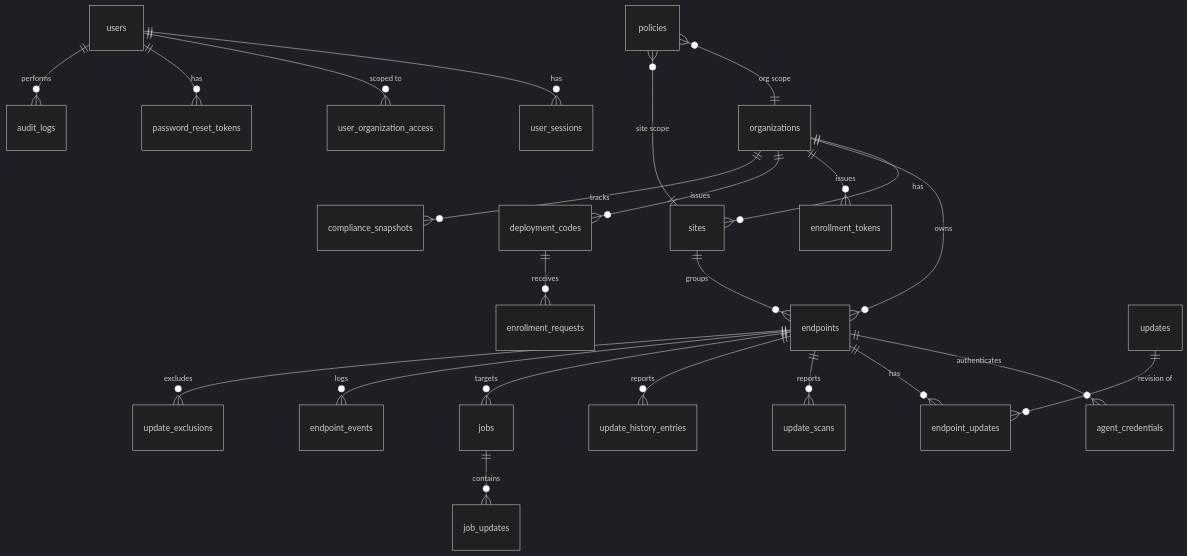
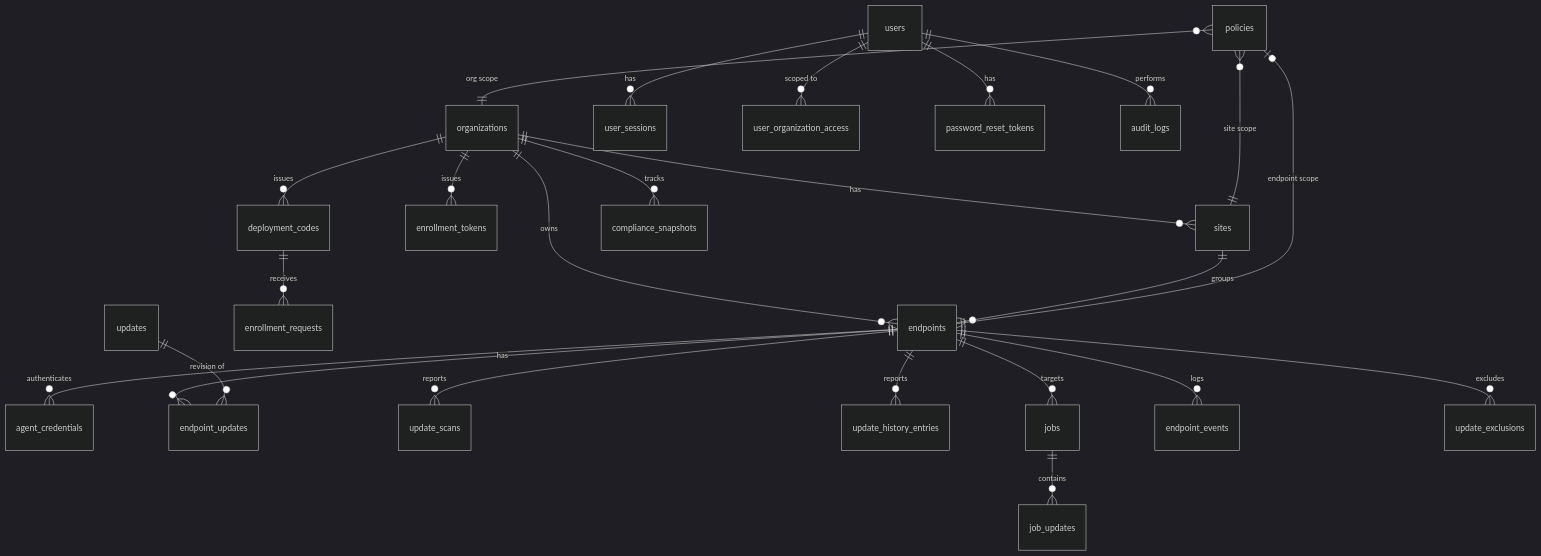
One commit to paulmataruso/EasyPatch changed the diagram in docs/architecture.md. Above: the diagram before and after it, drawn with Mermaid (dark theme). The commit also changed other lines of this file and 12 other files, not shown here.

````diff
--- a/docs/architecture.md
+++ b/docs/architecture.md
@@ -70,25 +72,26 @@
 ```mermaid
 erDiagram
     organizations ||--o{ sites : has
     organizations ||--o{ endpoints : owns
     sites ||--o{ endpoints : groups
     organizations ||--o{ enrollment_tokens : issues
     organizations ||--o{ deployment_codes : issues
     deployment_codes ||--o{ enrollment_requests : receives
     endpoints ||--o{ agent_credentials : authenticates
     endpoints ||--o{ endpoint_updates : has
     updates ||--o{ endpoint_updates : "revision of"
     endpoints ||--o{ update_scans : reports
     endpoints ||--o{ update_history_entries : reports
     endpoints ||--o{ jobs : targets
     jobs ||--o{ job_updates : contains
     endpoints ||--o{ endpoint_events : logs
     endpoints ||--o{ update_exclusions : excludes
     policies }o--|| organizations : "org scope"
     policies }o--|| sites : "site scope"
+    policies |o--|| endpoints : "endpoint scope"
     users ||--o{ user_sessions : has
     users ||--o{ user_organization_access : "scoped to"
     users ||--o{ password_reset_tokens : has
     users ||--o{ audit_logs : performs
     organizations ||--o{ compliance_snapshots : tracks
 ```
````
